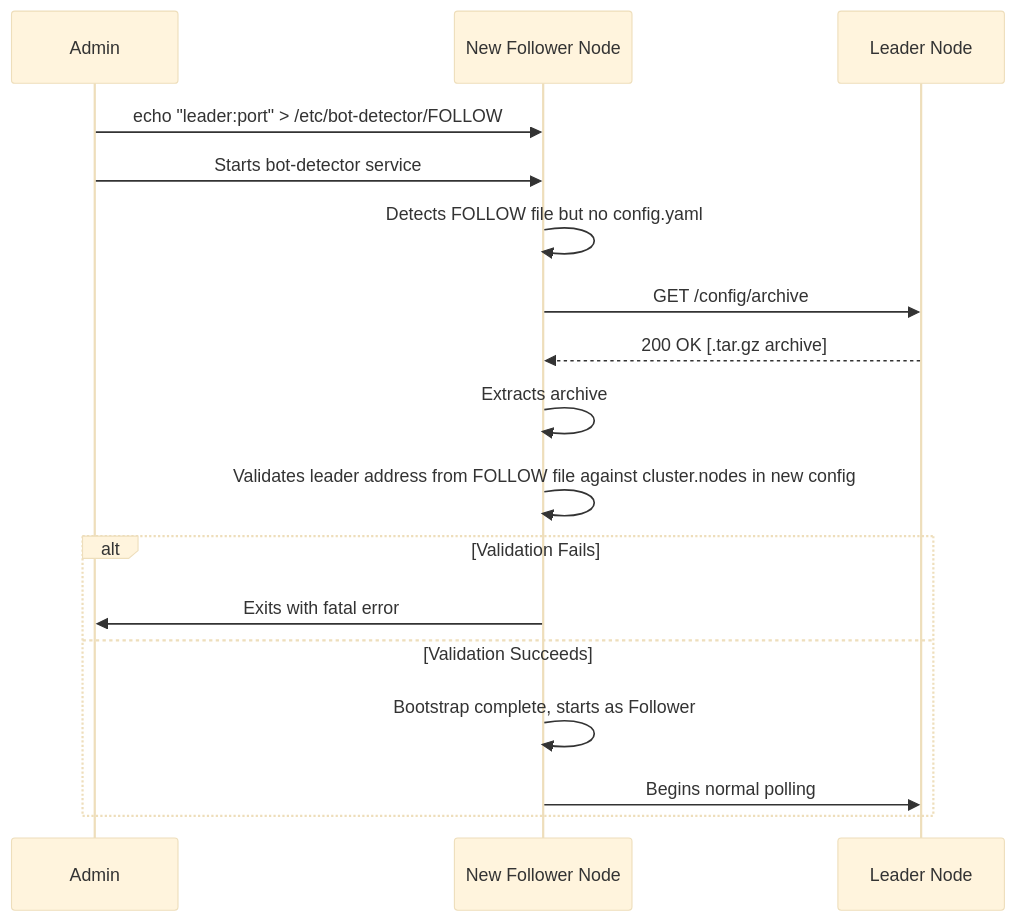
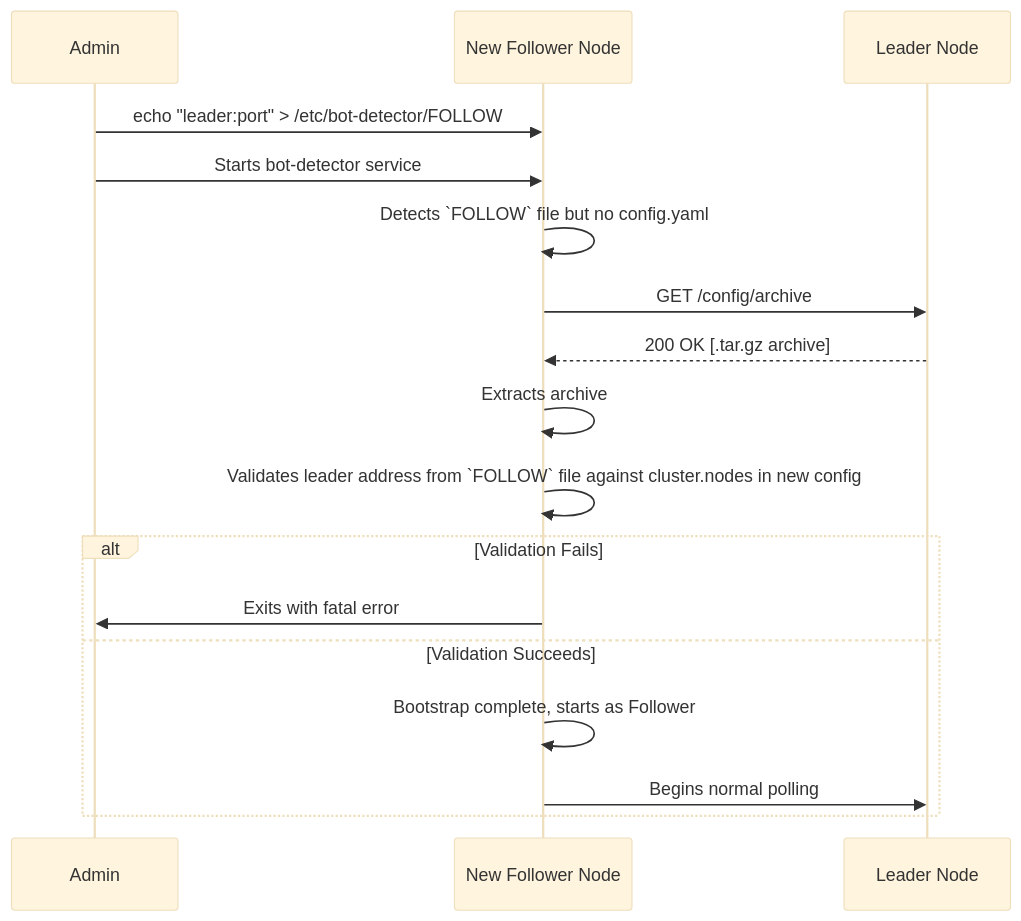
The second of 3 diagrams in docs/ClusterConfiguration.md (metabrainz/bot-detector), drawn with Mermaid (base theme) before and after one commit. The commit also changed other lines of this file and 8 other files, not shown here.

````diff
--- a/docs/ClusterConfiguration.md
+++ b/docs/ClusterConfiguration.md
@@ -229,20 +225,20 @@
 ```mermaid
 sequenceDiagram
     participant Admin
     participant NewFollower as New Follower Node
     participant Leader as Leader Node
 
     Admin->>NewFollower: echo "leader:port" > /etc/bot-detector/FOLLOW
     Admin->>NewFollower: Starts bot-detector service
-    NewFollower->>NewFollower: Detects FOLLOW file but no config.yaml
+    NewFollower->>NewFollower: Detects `FOLLOW` file but no config.yaml
     NewFollower->>Leader: GET /config/archive
     Leader-->>NewFollower: 200 OK [.tar.gz archive]
     NewFollower->>NewFollower: Extracts archive
-    NewFollower->>NewFollower: Validates leader address from FOLLOW file against cluster.nodes in new config
+    NewFollower->>NewFollower: Validates leader address from `FOLLOW` file against cluster.nodes in new config
     alt Validation Fails
         NewFollower->>Admin: Exits with fatal error
     else Validation Succeeds
         NewFollower->>NewFollower: Bootstrap complete, starts as Follower
         NewFollower->>Leader: Begins normal polling
     end
 ```
````
